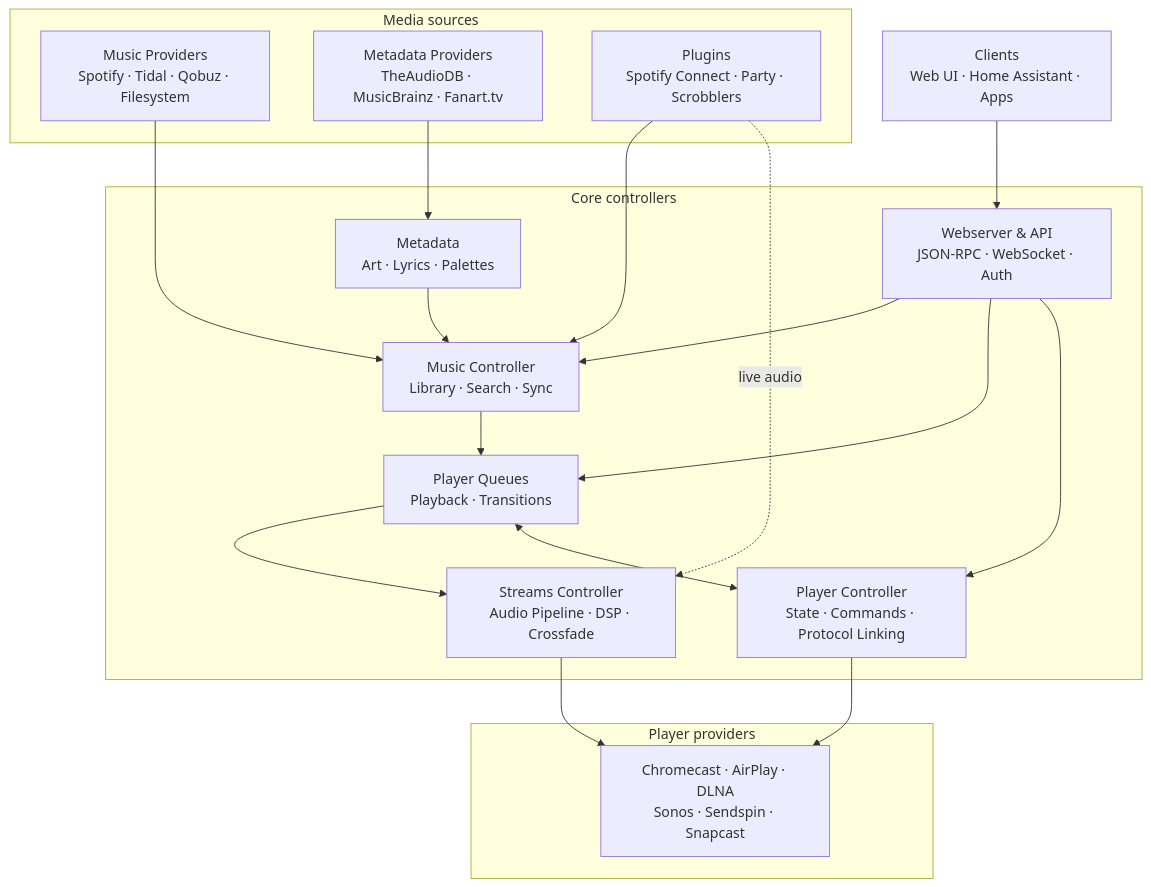
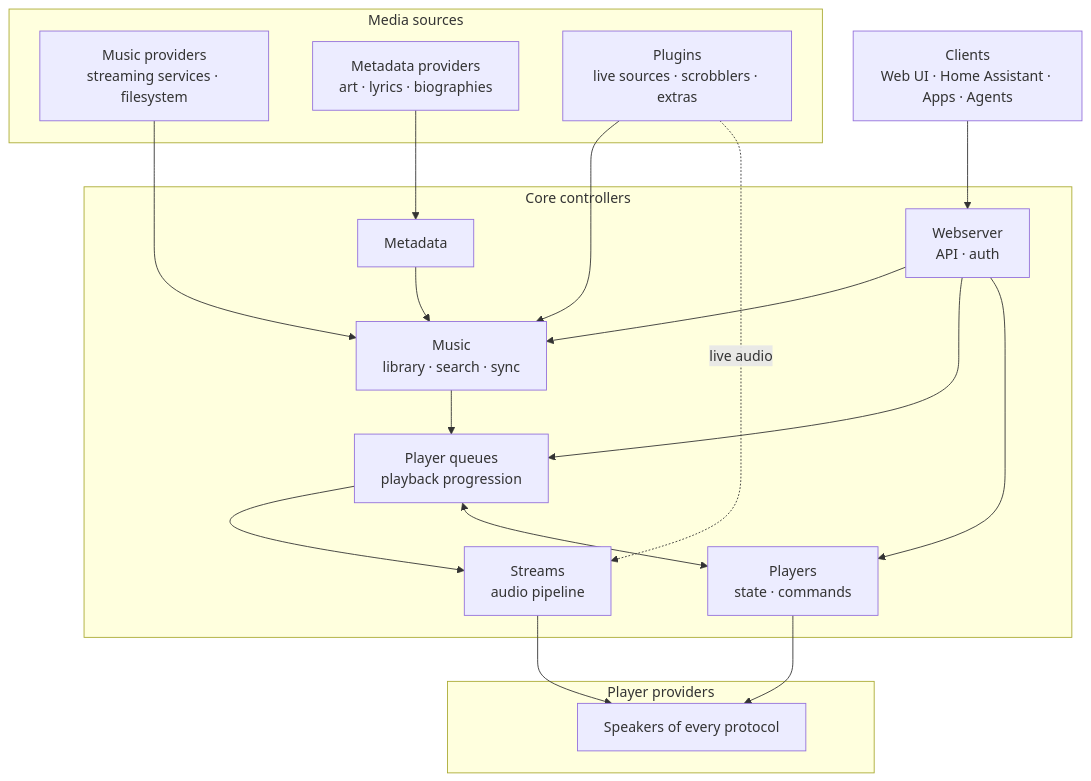
One commit to theturtle32/music-assistant-server changed the diagram in docs/architecture/README.md. Above: the diagram before and after it, drawn with Mermaid. The commit also changed other lines of this file and 39 other files, not shown here.

Commit message:
docs: rewrite the architecture tree as sixteen big-picture documents

````diff
--- a/docs/architecture/README.md
+++ b/docs/architecture/README.md
@@ -7,38 +12,38 @@
 ```mermaid
 graph TB
-    Clients["Clients<br/>Web UI · Home Assistant · Apps"]
+    Clients["Clients<br/>Web UI · Home Assistant · Apps · Agents"]
 
-    subgraph "Media sources"
-        MP["Music Providers<br/>Spotify · Tidal · Qobuz · Filesystem"]
-        MDP["Metadata Providers<br/>TheAudioDB · MusicBrainz · Fanart.tv"]
-        PLG["Plugins<br/>Spotify Connect · Party · Scrobblers"]
+    subgraph sources [Media sources]
+        MP["Music providers<br/>streaming services · filesystem"]
+        MDP["Metadata providers<br/>art · lyrics · biographies"]
+        PLG["Plugins<br/>live sources · scrobblers · extras"]
     end
 
-    subgraph "Core controllers"
-        Web["Webserver & API<br/>JSON-RPC · WebSocket · Auth"]
-        Meta["Metadata<br/>Art · Lyrics · Palettes"]
-        Music["Music Controller<br/>Library · Search · Sync"]
-        Queues["Player Queues<br/>Playback · Transitions"]
-        Streams["Streams Controller<br/>Audio Pipeline · DSP · Crossfade"]
-        Players["Player Controller<br/>State · Commands · Protocol Linking"]
+    subgraph core [Core controllers]
+        Web["Webserver<br/>API · auth"]
+        Meta[Metadata]
+        Music["Music<br/>library · search · sync"]
+        Queues["Player queues<br/>playback progression"]
+        Streams["Streams<br/>audio pipeline"]
+        Players["Players<br/>state · commands"]
     end
 
-    subgraph "Player providers"
-        PP["Chromecast · AirPlay · DLNA<br/>Sonos · Sendspin · Snapcast"]
+    subgraph targets [Player providers]
+        PP["Speakers of every protocol"]
     end
 
     Clients --> Web
     Web --> Music
     Web --> Queues
     Web --> Players
     MP --> Music
     MDP --> Meta
     PLG --> Music
     Meta --> Music
     Music --> Queues
     Queues --> Streams
     Queues <--> Players
     Streams --> PP
     Players --> PP
     PLG -. "live audio" .-> Streams
 ```
````
